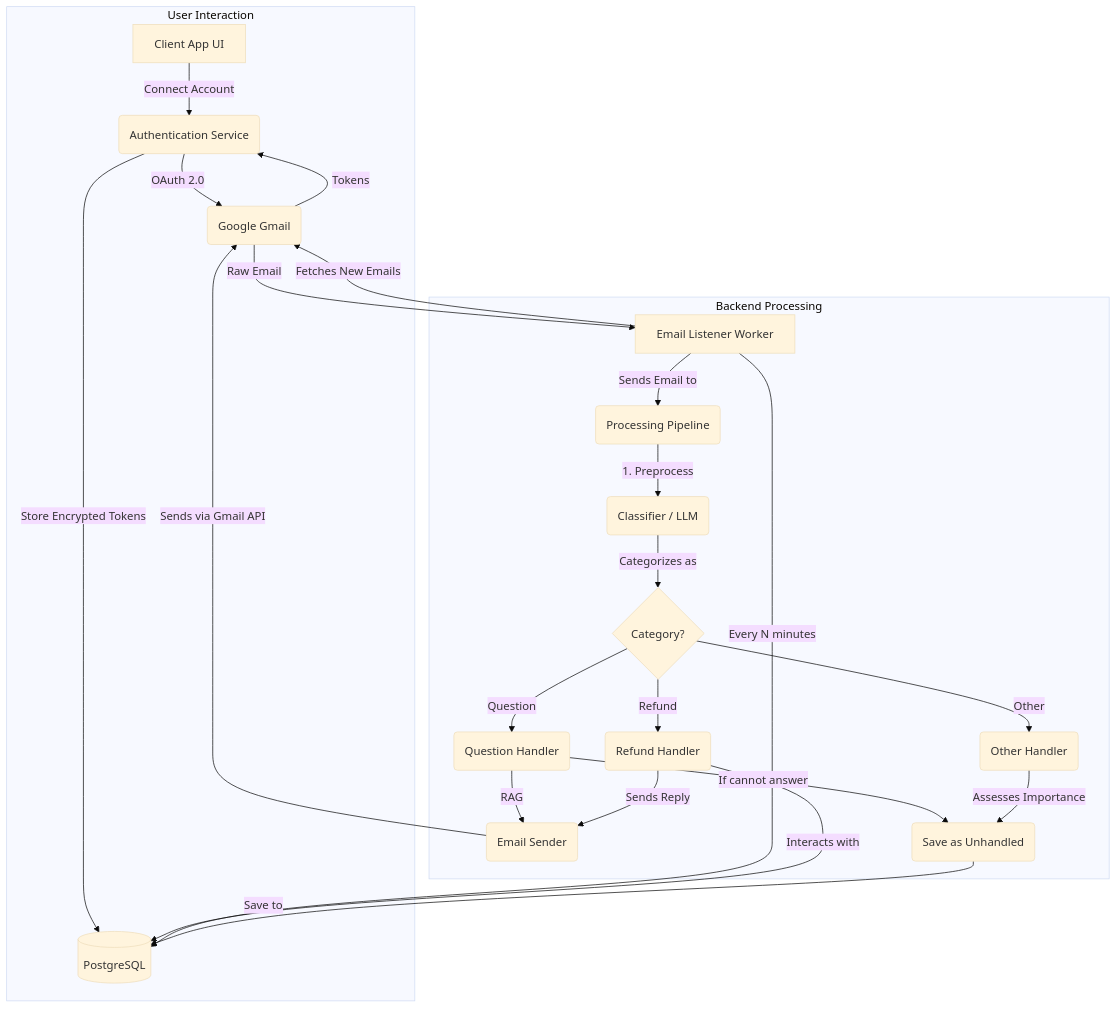
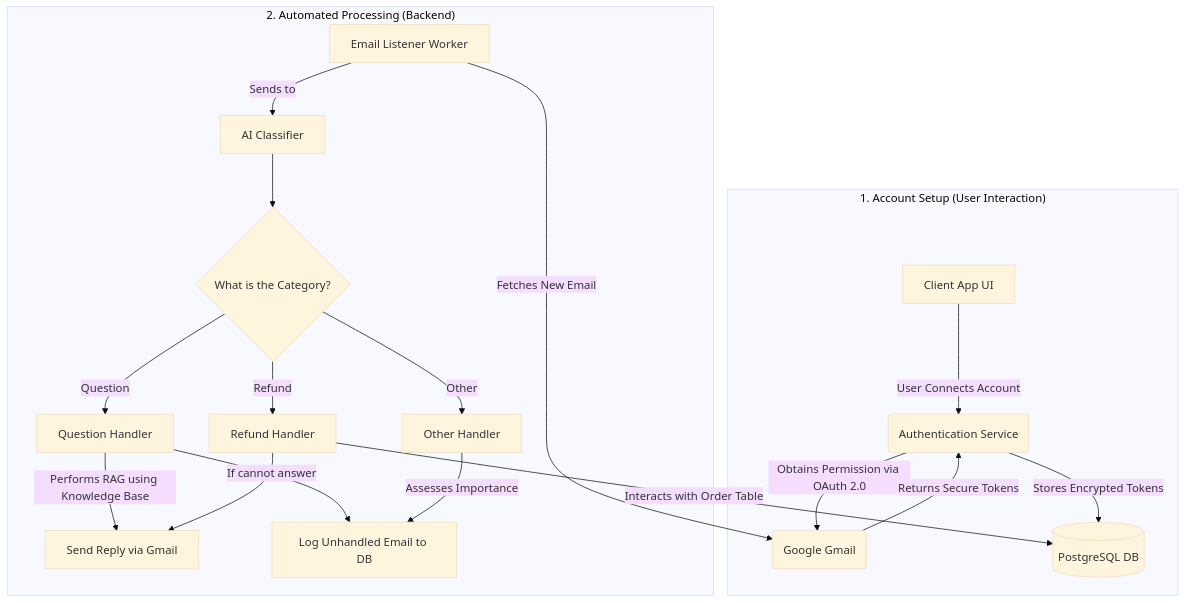
The diagram in README.md (ioa2205/email-support-agent), drawn with Mermaid (base theme) before and after one commit. The commit also changed other lines of this file, not shown here.

````diff
--- a/README.md
+++ b/README.md
@@ -35,33 +28,28 @@
 ```mermaid
 graph TD
-    subgraph User Interaction
-        A[Client App UI] -- Connect Account --> B(Authentication Service);
-        B -- OAuth 2.0 --> G(Google Gmail);
-        G -- Tokens --> B;
-        B -- Store Encrypted Tokens --> DB[(PostgreSQL)];
+    subgraph "1. Account Setup (User Interaction)"
+        A[Client App UI] -- User Connects Account --> B(Authentication Service);
+        B -- Obtains Permission via OAuth 2.0 --> G(Google Gmail);
+        G -- Returns Secure Tokens --> B;
+        B -- Stores Encrypted Tokens --> DB[(PostgreSQL DB)];
     end
 
-    subgraph Backend Processing
-        W[Email Listener Worker] -- Every N minutes --> DB;
-        W -- Fetches New Emails --> G;
-        G -- Raw Email --> W;
-        W -- Sends Email to --> P(Processing Pipeline);
+    subgraph "2. Automated Processing (Backend)"
+        Listener[Email Listener Worker] -- Fetches New Email --> G;
+        Listener -- Sends to --> Classifier;
+        
+        Classifier[AI Classifier] --> Decision{What is the Category?};
 
-        P -- 1. Preprocess --> C(Classifier / LLM);
-        C -- Categorizes as --> R{Category?};
+        Decision -- "Question" --> QuestionHandler[Question Handler];
+        Decision -- "Refund" --> RefundHandler[Refund Handler];
+        Decision -- "Other" --> OtherHandler[Other Handler];
 
-        R -- "Question" --> QH(Question Handler);
-        QH -- RAG --> ES(Email Sender);
-        QH -- If cannot answer --> Unhandled(Save as Unhandled);
+        QuestionHandler -- Performs RAG using Knowledge Base --> SendReply[Send Reply via Gmail];
+        QuestionHandler -- If cannot answer --> LogToDB[Log Unhandled Email to DB];
+        
+        RefundHandler -- Interacts with Order Table --> DB;
+        RefundHandler --> SendReply;
 
-        R -- "Refund" --> RH(Refund Handler);
-        RH -- Interacts with --> DB;
-        RH -- Sends Reply --> ES;
-
-        R -- "Other" --> OH(Other Handler);
-        OH -- Assesses Importance --> Unhandled;
-
-        Unhandled -- Save to --> DB;
-        ES -- Sends via Gmail API --> G;
+        OtherHandler -- Assesses Importance --> LogToDB;
     end
 ```
````
